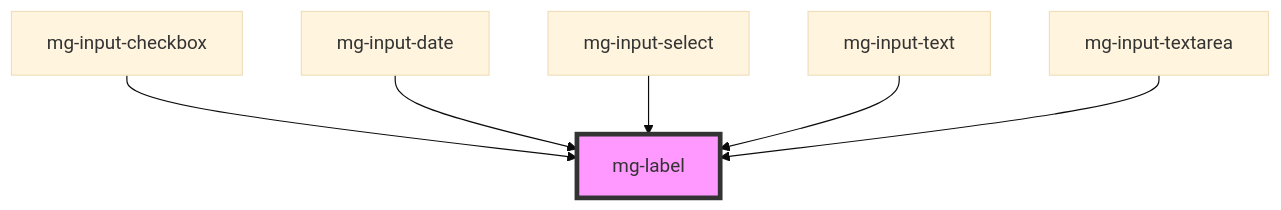
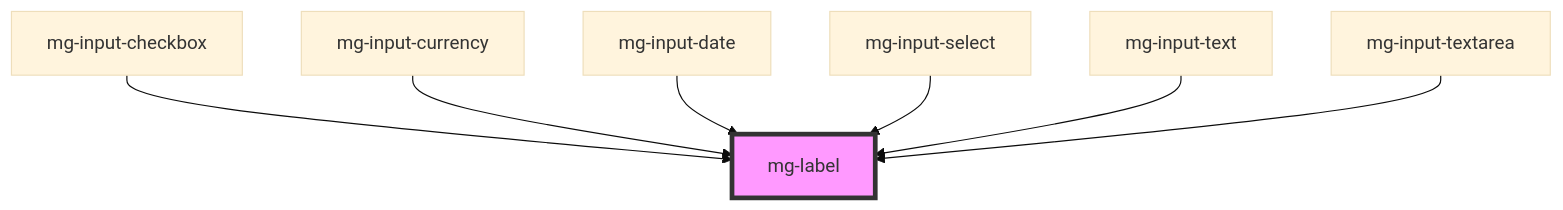
One commit to MGDIS/mg-components changed the diagram in src/components/atoms/mg-label/readme.md. Above: the diagram before and after it, drawn with Mermaid (base theme). The commit also changed other lines of this file and 43 other files, not shown here.

First line of the commit message:
feat(mg-input-currency): add molecule

````diff
--- a/src/components/atoms/mg-label/readme.md
+++ b/src/components/atoms/mg-label/readme.md
@@ -28,9 +29,10 @@
 ```mermaid
 graph TD;
   mg-input-checkbox --> mg-label
+  mg-input-currency --> mg-label
   mg-input-date --> mg-label
   mg-input-select --> mg-label
   mg-input-text --> mg-label
   mg-input-textarea --> mg-label
   style mg-label fill:#f9f,stroke:#333,stroke-width:4px
 ```
````
